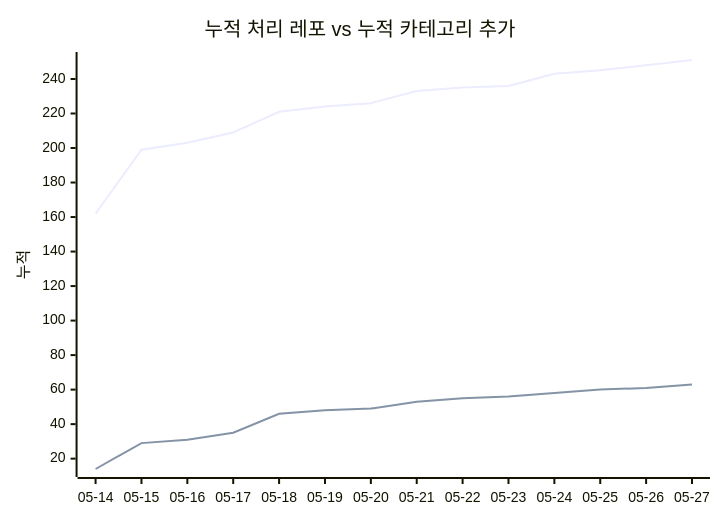
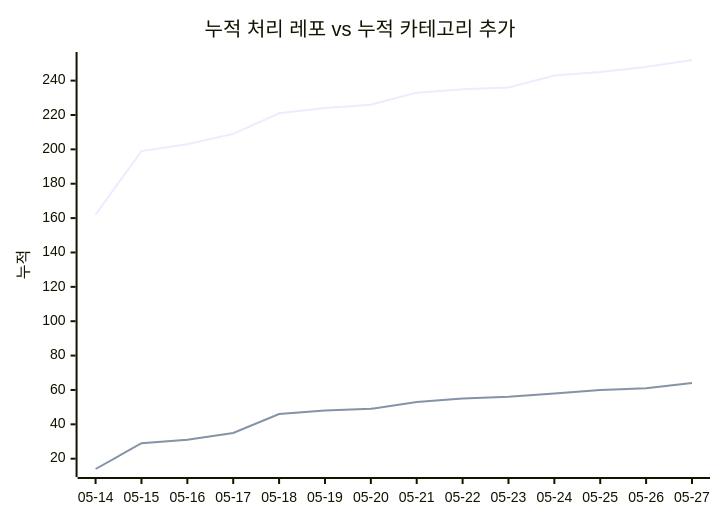
One commit to J-nowcow/awesome-korean-agent-skills changed the second of 2 diagrams in docs/trends.md. Above: the diagram before and after it, drawn with Mermaid. The commit also changed other lines of this file and 4 other files, not shown here.

````diff
--- a/docs/trends.md
+++ b/docs/trends.md
@@ -68,8 +68,8 @@
 ```mermaid
 xychart-beta
     title "누적 처리 레포 vs 누적 카테고리 추가"
     x-axis ["05-14","05-15","05-16","05-17","05-18","05-19","05-20","05-21","05-22","05-23","05-24","05-25","05-26","05-27"]
     y-axis "누적"
-    line [162,199,203,209,221,224,226,233,235,236,243,245,248,251]
-    line [14,29,31,35,46,48,49,53,55,56,58,60,61,63]
+    line [162,199,203,209,221,224,226,233,235,236,243,245,248,252]
+    line [14,29,31,35,46,48,49,53,55,56,58,60,61,64]
 ```
````
